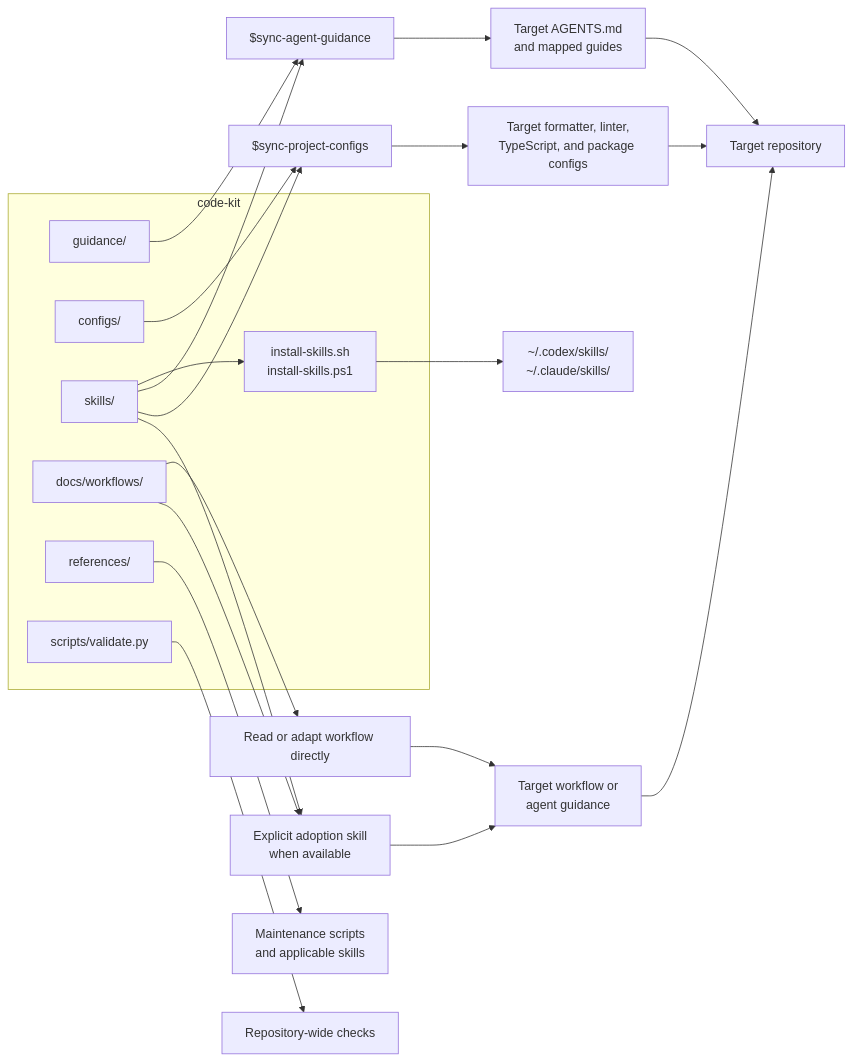
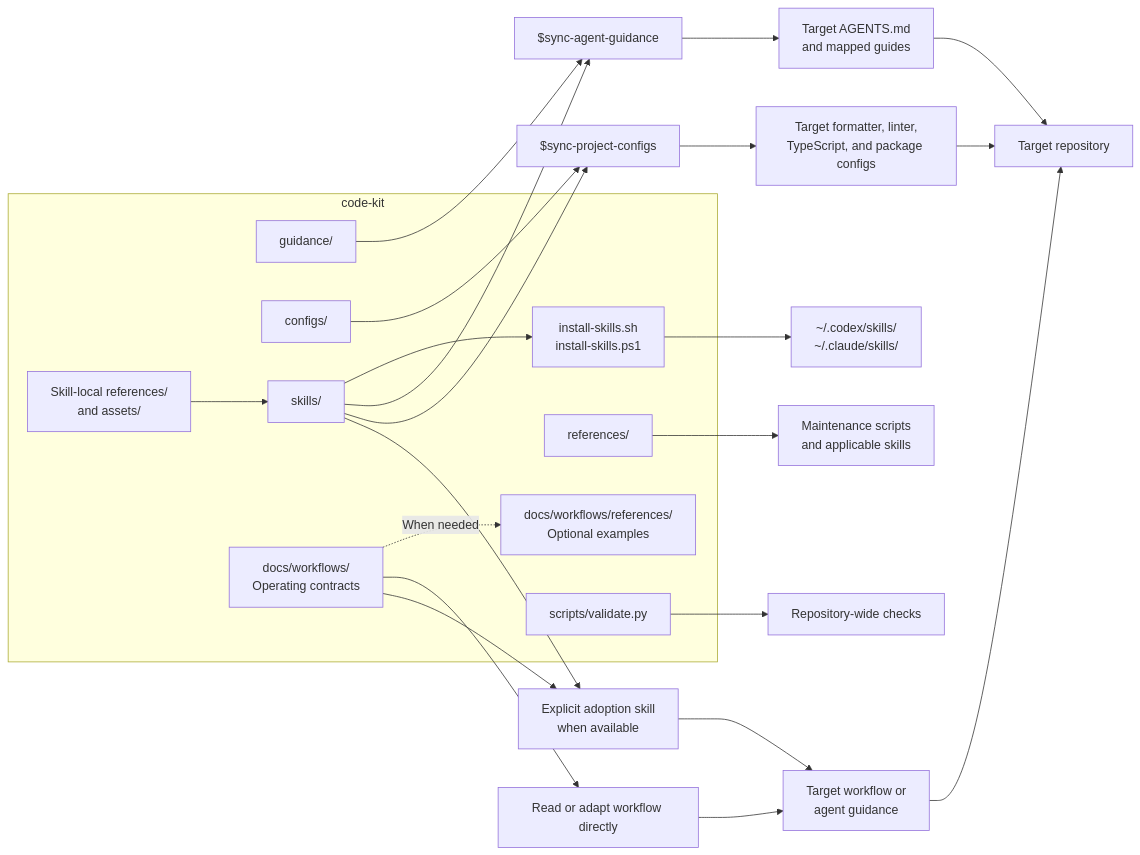
One commit to luastoned/code-kit changed the second of 2 diagrams in docs/repository-flow.md. Above: the diagram before and after it, drawn with Mermaid. The commit also changed other lines of this file and 12 other files, not shown here.

Commit message:
docs(workflows): 📝 release compact delivery and evidence contracts

````diff
--- a/docs/repository-flow.md
+++ b/docs/repository-flow.md
@@ -35,37 +39,41 @@
 ```mermaid
 flowchart LR
   subgraph kit["code-kit"]
     guidance["guidance/"]
     configs["configs/"]
     skills["skills/"]
-    workflows["docs/workflows/"]
+    workflows["docs/workflows/<br/>Operating contracts"]
+    examples["docs/workflows/references/<br/>Optional examples"]
+    skillDetails["Skill-local references/<br/>and assets/"]
     references["references/"]
     installers["install-skills.sh<br/>install-skills.ps1"]
     validator["scripts/validate.py"]
   end
 
   skills --> installers
+  skillDetails --> skills
+  workflows -.->|When needed| examples
   installers --> runtime["~/.codex/skills/<br/>~/.claude/skills/"]
 
   guidance --> syncGuidance["$sync-agent-guidance"]
   skills --> syncGuidance
   syncGuidance --> targetGuidance["Target AGENTS.md<br/>and mapped guides"]
 
   configs --> syncConfigs["$sync-project-configs"]
   skills --> syncConfigs
   syncConfigs --> targetConfigs["Target formatter, linter,<br/>TypeScript, and package configs"]
 
   workflows --> directWorkflow["Read or adapt workflow directly"]
   directWorkflow --> targetWorkflow["Target workflow or<br/>agent guidance"]
 
   workflows --> adoptWorkflow["Explicit adoption skill<br/>when available"]
   skills --> adoptWorkflow
   adoptWorkflow --> targetWorkflow
 
   references --> consumers["Maintenance scripts<br/>and applicable skills"]
   validator --> kitCheck["Repository-wide checks"]
 
   targetGuidance --> target["Target repository"]
   targetConfigs --> target
   targetWorkflow --> target
 ```
````
